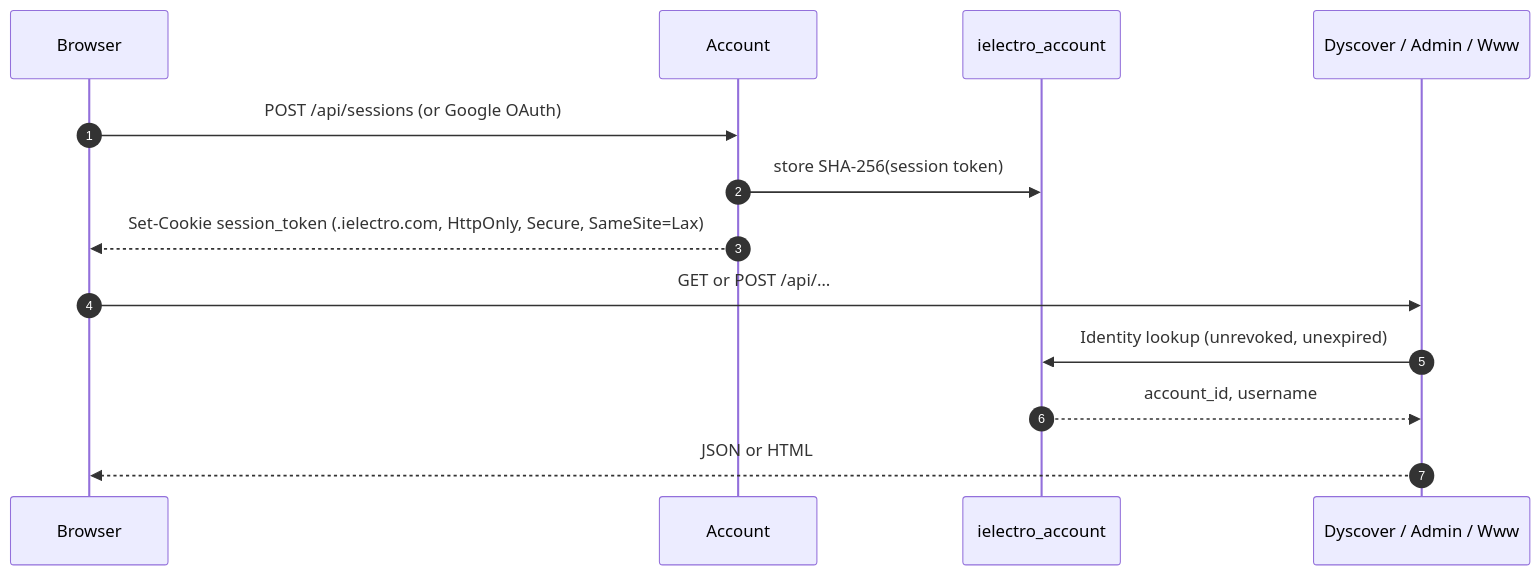
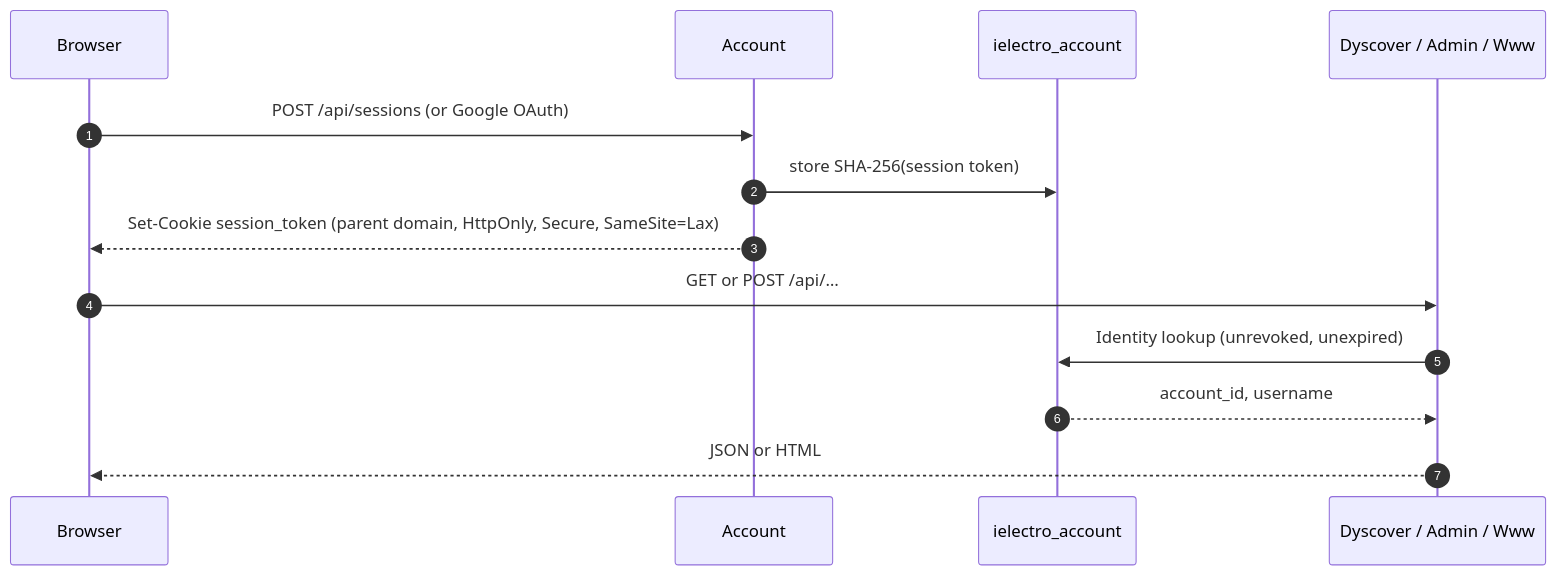
One commit to distinia/ielectro-presentation changed the third of 5 diagrams in README.md. Above: the diagram before and after it, drawn with Mermaid. The commit also changed other lines of this file, not shown here.

````diff
--- a/README.md
+++ b/README.md
@@ -99,17 +97,17 @@
 ```mermaid
 sequenceDiagram
   autonumber
   participant B as Browser
   participant A as Account
   participant DB as ielectro_account
   participant D as Dyscover / Admin / Www
 
   B->>A: POST /api/sessions (or Google OAuth)
   A->>DB: store SHA-256(session token)
-  A-->>B: Set-Cookie session_token (.ielectro.com, HttpOnly, Secure, SameSite=Lax)
+  A-->>B: Set-Cookie session_token (parent domain, HttpOnly, Secure, SameSite=Lax)
 
   B->>D: GET or POST /api/…
   D->>DB: Identity lookup (unrevoked, unexpired)
   DB-->>D: account_id, username
   D-->>B: JSON or HTML
 ```
````
